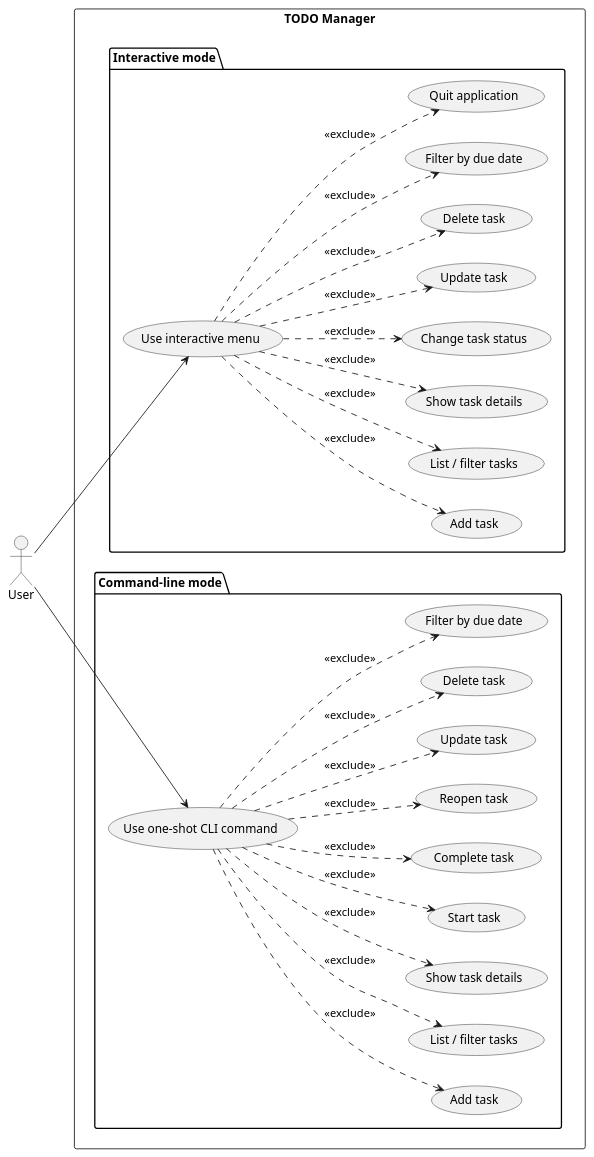
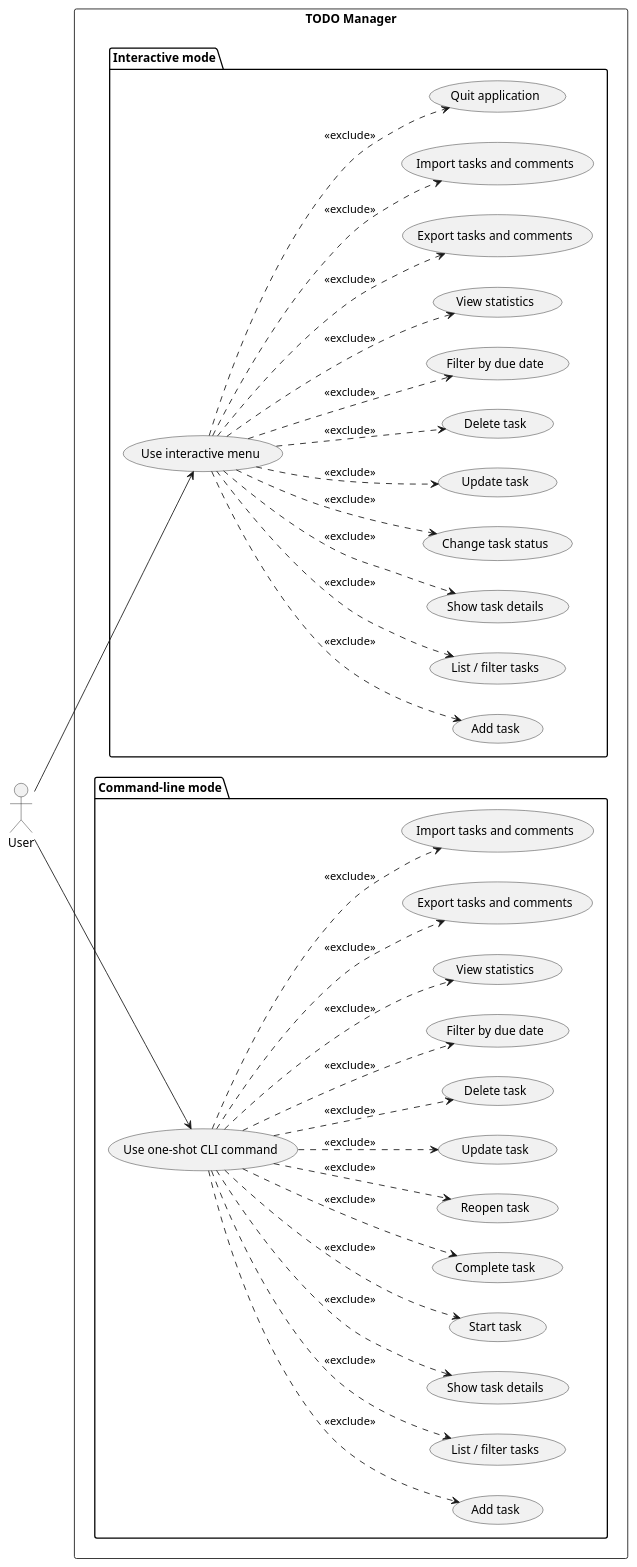
Before and after one commit to DanielRiha8906/Software_autoevolution_using_agents: the diagram in experiments/pipeline/test_driven/TODO/artifacts/use_case_diagram.puml, drawn with PlantUML. The commit also changed 9 other files, not shown here.

```diff
--- a/experiments/pipeline/test_driven/TODO/artifacts/use_case_diagram.puml
+++ b/experiments/pipeline/test_driven/TODO/artifacts/use_case_diagram.puml
@@ -1,57 +1,69 @@
 @startuml use_case_diagram
 
 left to right direction
 
 actor User
 
 rectangle "TODO Manager" {
 
   package "Interactive mode" {
     usecase "Use interactive menu" as UI
     usecase "Add task" as I_ADD
     usecase "List / filter tasks" as I_LIST
     usecase "Show task details" as I_SHOW
     usecase "Change task status" as I_STATUS
     usecase "Update task" as I_UPDATE
     usecase "Delete task" as I_DELETE
     usecase "Filter by due date" as I_DUE_FILTER
+    usecase "View statistics" as I_STATS
+    usecase "Export tasks and comments" as I_EXPORT
+    usecase "Import tasks and comments" as I_IMPORT
     usecase "Quit application" as I_QUIT
   }
 
   package "Command-line mode" {
     usecase "Use one-shot CLI command" as CLI
     usecase "Add task" as C_ADD
     usecase "List / filter tasks" as C_LIST
     usecase "Show task details" as C_SHOW
     usecase "Start task" as C_START
     usecase "Complete task" as C_DONE
     usecase "Reopen task" as C_REOPEN
     usecase "Update task" as C_UPDATE
     usecase "Delete task" as C_DELETE
     usecase "Filter by due date" as C_DUE_FILTER
+    usecase "View statistics" as C_STATS
+    usecase "Export tasks and comments" as C_EXPORT
+    usecase "Import tasks and comments" as C_IMPORT
   }
 }
 
 User --> UI
 User --> CLI
 
 UI ..> I_ADD        : <<exclude>>
 UI ..> I_LIST       : <<exclude>>
 UI ..> I_SHOW       : <<exclude>>
 UI ..> I_STATUS     : <<exclude>>
 UI ..> I_UPDATE     : <<exclude>>
 UI ..> I_DELETE     : <<exclude>>
 UI ..> I_DUE_FILTER : <<exclude>>
+UI ..> I_STATS      : <<exclude>>
+UI ..> I_EXPORT     : <<exclude>>
+UI ..> I_IMPORT     : <<exclude>>
 UI ..> I_QUIT       : <<exclude>>
 
 CLI ..> C_ADD        : <<exclude>>
 CLI ..> C_LIST       : <<exclude>>
 CLI ..> C_SHOW       : <<exclude>>
 CLI ..> C_START      : <<exclude>>
 CLI ..> C_DONE       : <<exclude>>
 CLI ..> C_REOPEN     : <<exclude>>
 CLI ..> C_UPDATE     : <<exclude>>
 CLI ..> C_DELETE     : <<exclude>>
 CLI ..> C_DUE_FILTER : <<exclude>>
+CLI ..> C_STATS      : <<exclude>>
+CLI ..> C_EXPORT     : <<exclude>>
+CLI ..> C_IMPORT     : <<exclude>>
 
 @enduml
```
